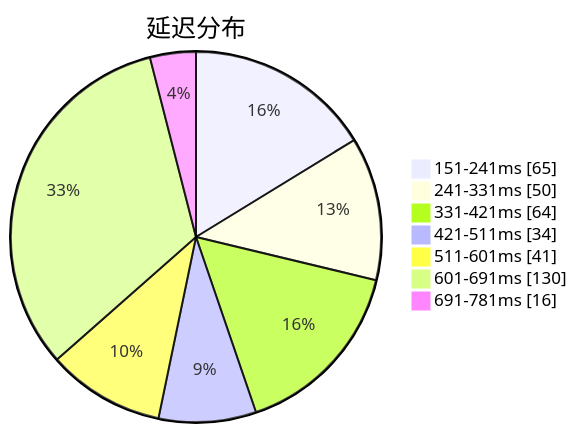
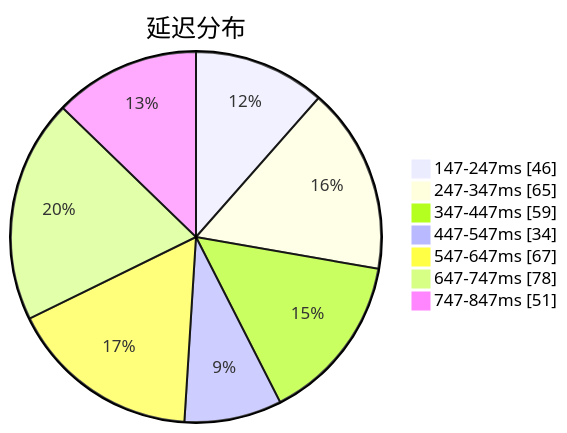
One commit to qjlxg/airport changed the first of 3 diagrams in subs/statistics/tested_within.md. Above: the diagram before and after it, drawn with Mermaid. The commit also changed other lines of this file and 2 other files, not shown here.

Commit message:
Tested by metaST

````diff
--- a/subs/statistics/tested_within.md
+++ b/subs/statistics/tested_within.md
@@ -2,11 +2,11 @@
 ```mermaid
 pie showData
 title 延迟分布
-"151-241ms" : 65
-"241-331ms" : 50
-"331-421ms" : 64
-"421-511ms" : 34
-"511-601ms" : 41
-"601-691ms" : 130
-"691-781ms" : 16
+"147-247ms" : 46
+"247-347ms" : 65
+"347-447ms" : 59
+"447-547ms" : 34
+"547-647ms" : 67
+"647-747ms" : 78
+"747-847ms" : 51
 ```
````
